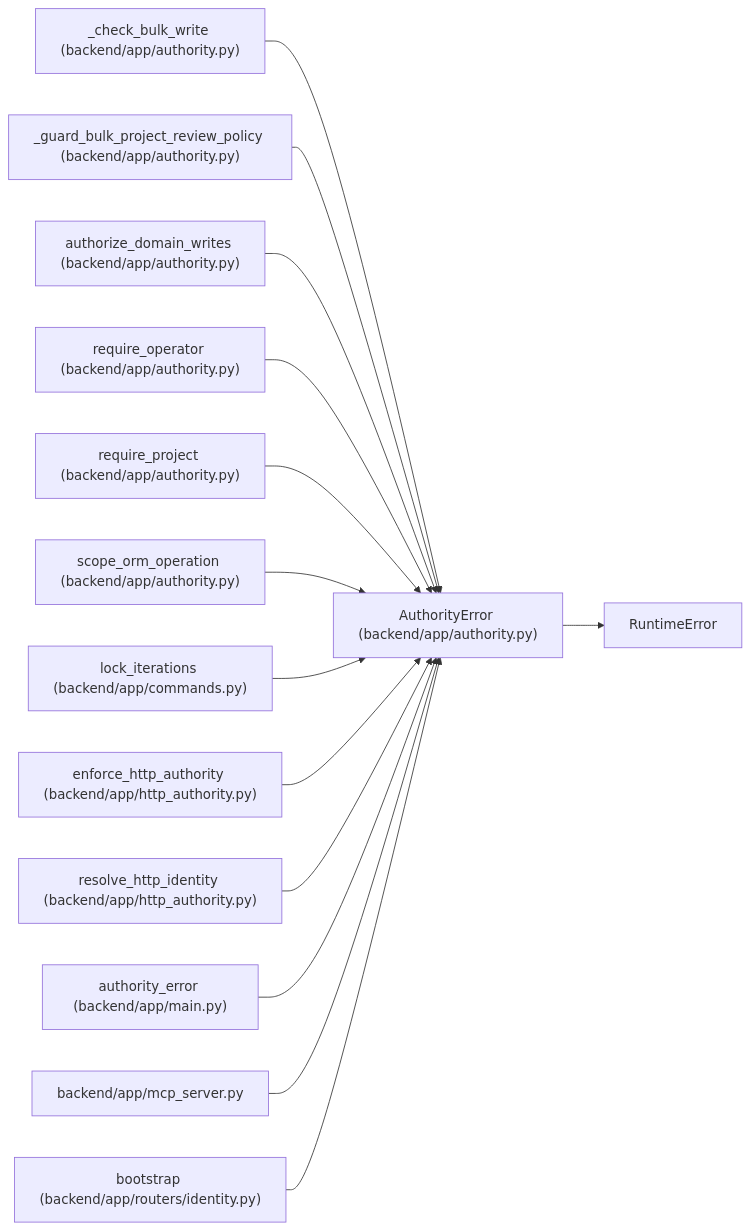
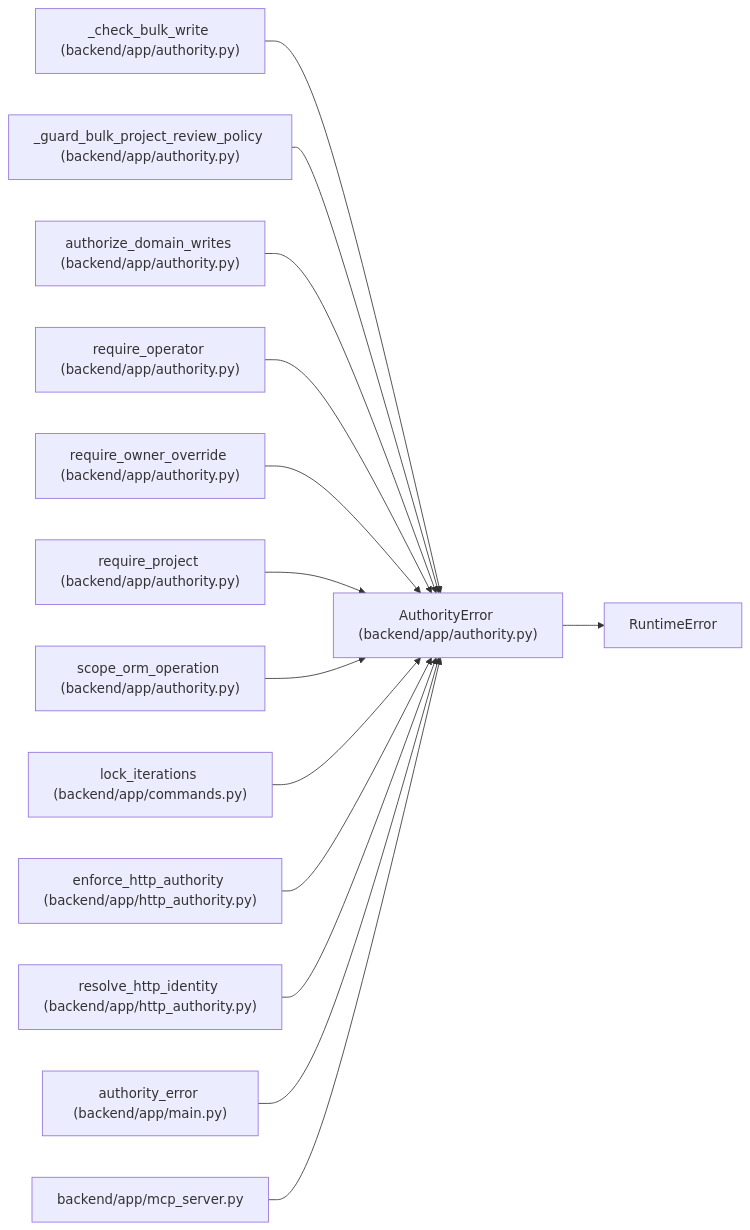
Before and after one commit to Denissvgn/WorkChord: the diagram in docs/llm_wiki/entities/AuthorityError.md, drawn with Mermaid. The commit also changed other lines of this file and 672 other files, not shown here.

Commit message:
Sync the architectural wiki for owner acceptance under the different-publisher policy

````diff
--- a/docs/llm_wiki/entities/AuthorityError.md
+++ b/docs/llm_wiki/entities/AuthorityError.md
@@ -26,43 +26,43 @@
 ```mermaid
 flowchart LR
     n0["AuthorityError (backend/app/authority.py)"]
     n1["RuntimeError"]
     n2["_check_bulk_write (backend/app/authority.py)"]
     n3["_guard_bulk_project_review_policy (backend/app/authority.py)"]
     n4["authorize_domain_writes (backend/app/authority.py)"]
     n5["require_operator (backend/app/authority.py)"]
-    n6["require_project (backend/app/authority.py)"]
-    n7["scope_orm_operation (backend/app/authority.py)"]
-    n8["lock_iterations (backend/app/commands.py)"]
-    n9["enforce_http_authority (backend/app/http_authority.py)"]
-    n10["resolve_http_identity (backend/app/http_authority.py)"]
-    n11["authority_error (backend/app/main.py)"]
-    n12["backend/app/mcp_server.py"]
-    n13["bootstrap (backend/app/routers/identity.py)"]
+    n6["require_owner_override (backend/app/authority.py)"]
+    n7["require_project (backend/app/authority.py)"]
+    n8["scope_orm_operation (backend/app/authority.py)"]
+    n9["lock_iterations (backend/app/commands.py)"]
+    n10["enforce_http_authority (backend/app/http_authority.py)"]
+    n11["resolve_http_identity (backend/app/http_authority.py)"]
+    n12["authority_error (backend/app/main.py)"]
+    n13["backend/app/mcp_server.py"]
     n0 --> n1
     n2 --> n0
     n3 --> n0
     n4 --> n0
     n5 --> n0
     n6 --> n0
     n7 --> n0
     n8 --> n0
     n9 --> n0
     n10 --> n0
     n11 --> n0
     n12 --> n0
     n13 --> n0
     click n0 "../modules/authority.md"
     click n2 "../modules/authority.md"
     click n3 "../modules/authority.md"
     click n4 "../modules/authority.md"
     click n5 "../modules/authority.md"
     click n6 "../modules/authority.md"
     click n7 "../modules/authority.md"
-    click n8 "../modules/commands.md"
-    click n9 "../modules/http_authority.md"
+    click n8 "../modules/authority.md"
+    click n9 "../modules/commands.md"
     click n10 "../modules/http_authority.md"
-    click n11 "../modules/app_main.md"
-    click n12 "../modules/mcp_server.md"
-    click n13 "../modules/routers_identity.md"
+    click n11 "../modules/http_authority.md"
+    click n12 "../modules/app_main.md"
+    click n13 "../modules/mcp_server.md"
 ```
````
